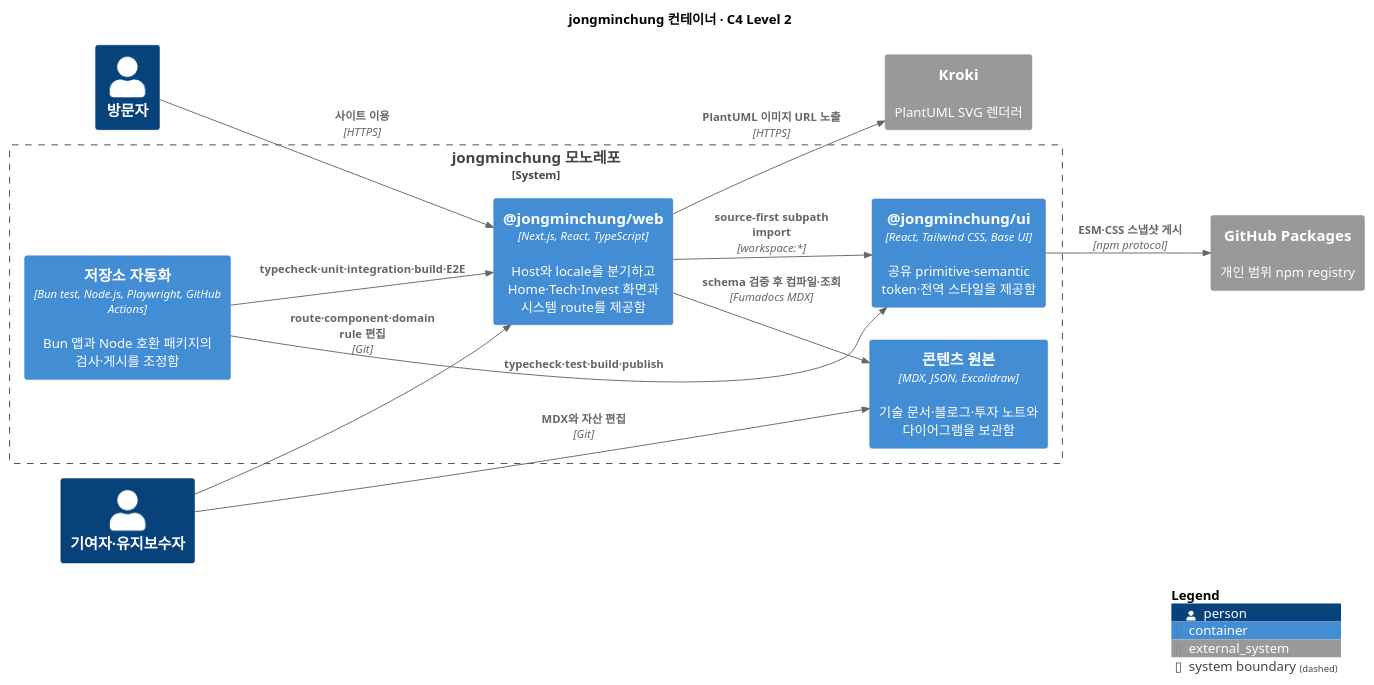
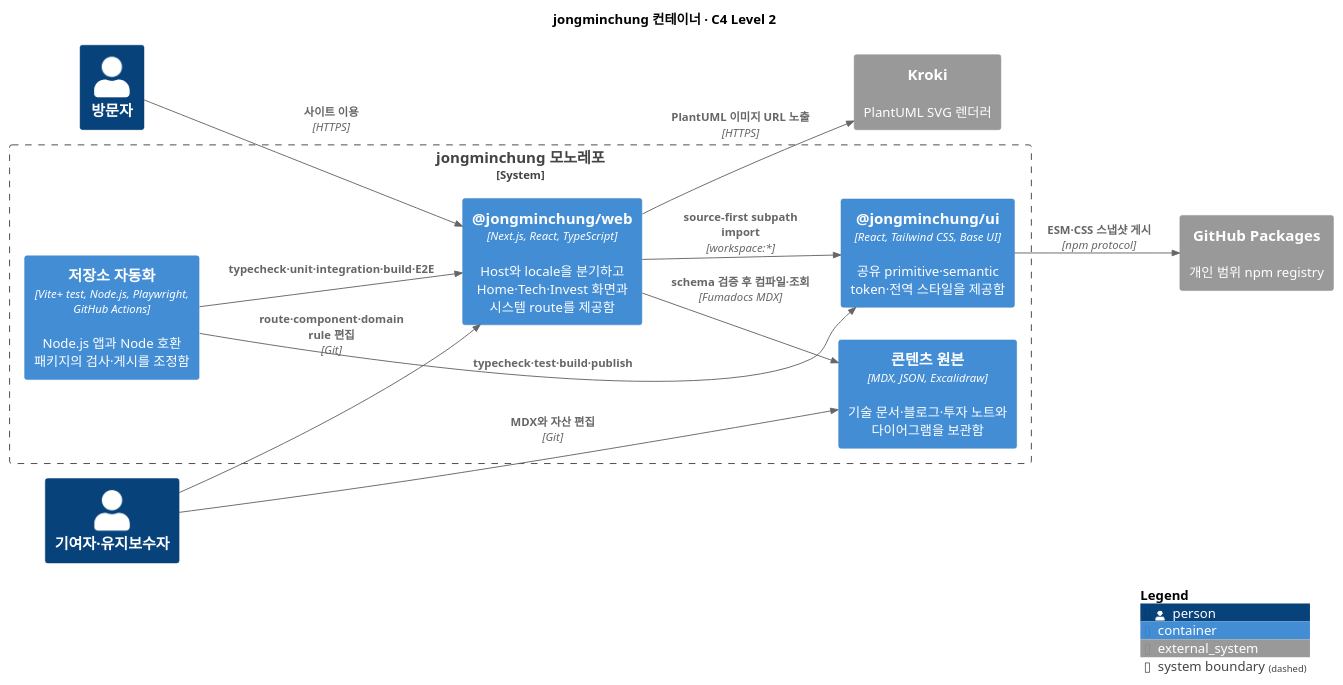
The diagram in docs/diagrams/onboarding-containers.puml (jongminchung/jongminchung), drawn with PlantUML before and after one commit. The commit also changed 42 other files, not shown here.

```diff
--- a/docs/diagrams/onboarding-containers.puml
+++ b/docs/diagrams/onboarding-containers.puml
@@ -1,31 +1,31 @@
 @startuml
 !include <C4/C4_Container>
 
 title jongminchung 컨테이너 · C4 Level 2
 
 LAYOUT_LEFT_RIGHT()
 
 Person(visitor, "방문자")
 Person(maintainer, "기여자·유지보수자")
 System_Ext(kroki, "Kroki", "PlantUML SVG 렌더러")
 System_Ext(packages, "GitHub Packages", "개인 범위 npm registry")
 
 System_Boundary(repository, "jongminchung 모노레포") {
   Container(web, "@jongminchung/web", "Next.js, React, TypeScript", "Host와 locale을 분기하고 Home·Tech·Invest 화면과 시스템 route를 제공함")
   Container(content, "콘텐츠 원본", "MDX, JSON, Excalidraw", "기술 문서·블로그·투자 노트와 다이어그램을 보관함")
   Container(ui, "@jongminchung/ui", "React, Tailwind CSS, Base UI", "공유 primitive·semantic token·전역 스타일을 제공함")
-  Container(automation, "저장소 자동화", "Bun test, Node.js, Playwright, GitHub Actions", "Bun 앱과 Node 호환 패키지의 검사·게시를 조정함")
+  Container(automation, "저장소 자동화", "Vite+ test, Node.js, Playwright, GitHub Actions", "Node.js 앱과 Node 호환 패키지의 검사·게시를 조정함")
 }
 
 Rel(visitor, web, "사이트 이용", "HTTPS")
 Rel(maintainer, content, "MDX와 자산 편집", "Git")
 Rel(maintainer, web, "route·component·domain rule 편집", "Git")
 Rel(web, content, "schema 검증 후 컴파일·조회", "Fumadocs MDX")
 Rel(web, ui, "source-first subpath import", "workspace:*")
 Rel(web, kroki, "PlantUML 이미지 URL 노출", "HTTPS")
 Rel(automation, web, "typecheck·unit·integration·build·E2E")
 Rel(automation, ui, "typecheck·test·build·publish")
 Rel(ui, packages, "ESM·CSS 스냅샷 게시", "npm protocol")
 
 SHOW_LEGEND()
 @enduml
```
